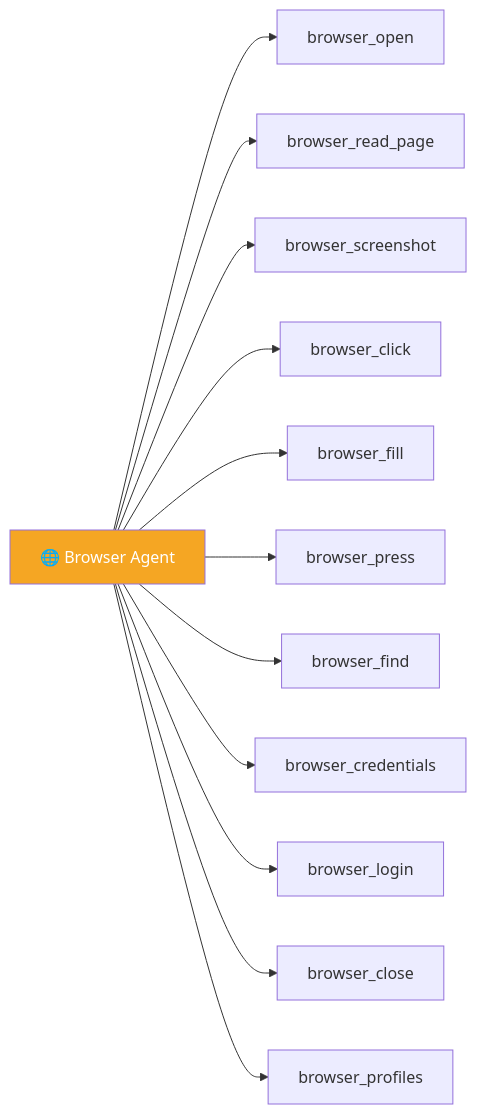
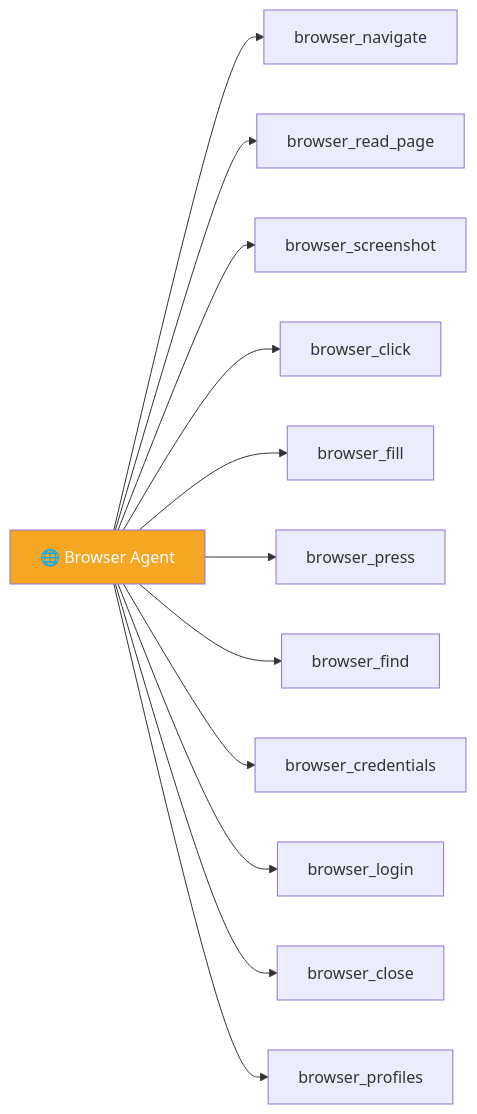
The fourth of 8 diagrams in docs/architecture/hub-and-spoke.md (praxagent/prax), drawn with Mermaid before and after one commit. The commit also changed 37 other files, not shown here.

````diff
--- a/docs/architecture/hub-and-spoke.md
+++ b/docs/architecture/hub-and-spoke.md
@@ -123,15 +123,15 @@
 ```mermaid
 graph LR
-    Browser["🌐 Browser Agent"] --> open["browser_open"]
+    Browser["🌐 Browser Agent"] --> open["browser_navigate"]
     Browser --> read["browser_read_page"]
     Browser --> shot["browser_screenshot"]
     Browser --> click["browser_click"]
     Browser --> fill["browser_fill"]
     Browser --> press["browser_press"]
     Browser --> find["browser_find"]
     Browser --> creds["browser_credentials"]
     Browser --> login["browser_login"]
     Browser --> close["browser_close"]
     Browser --> profiles["browser_profiles"]
     style Browser fill:#F5A623,color:#fff
 ```
````
